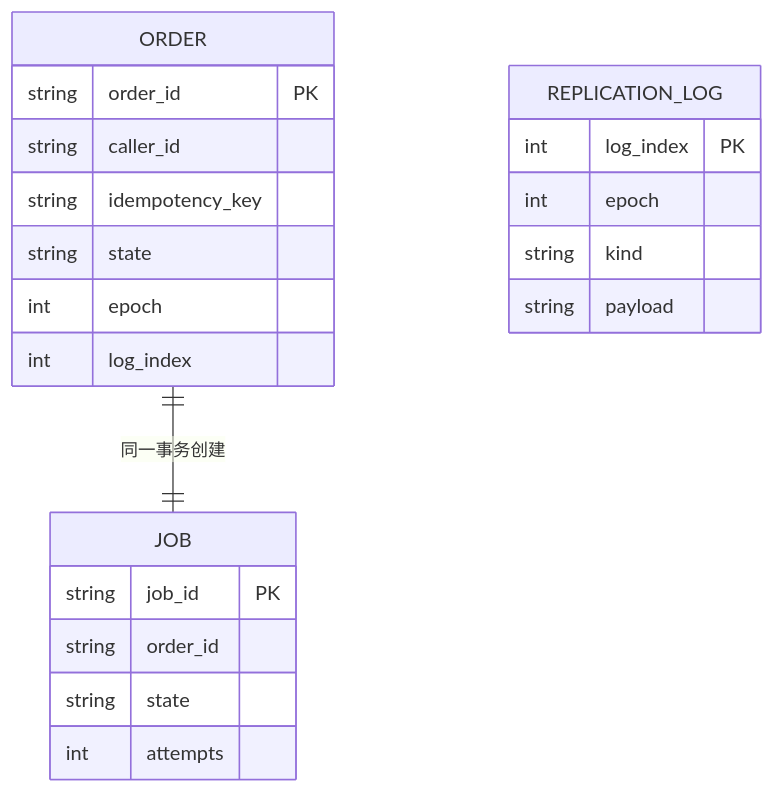
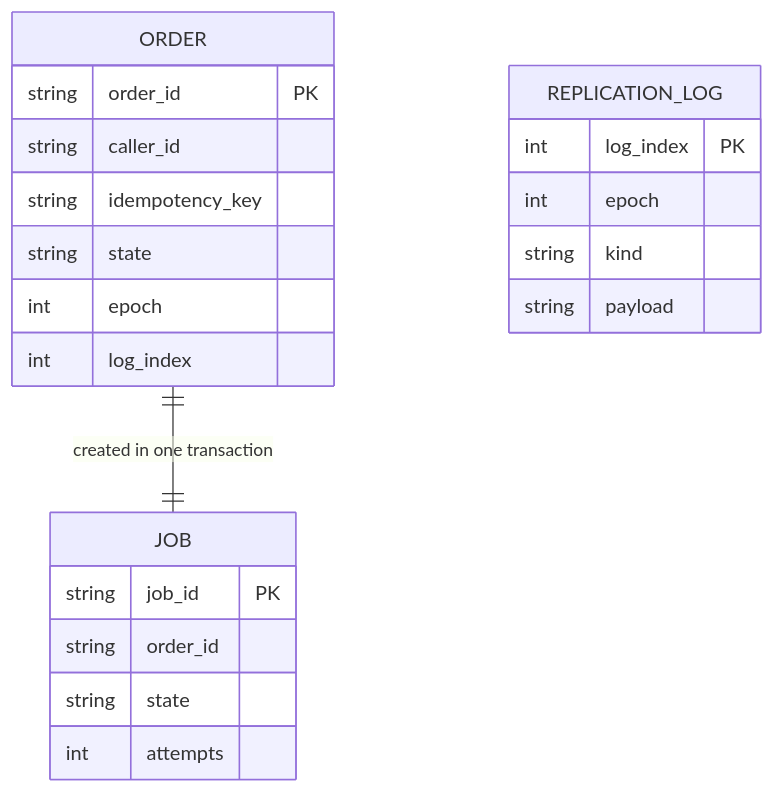
The diagram in docs/data-model.md (iamorangedad/OrangeDistributedSystem), drawn with Mermaid before and after one commit. The commit also changed other lines of this file and 52 other files, not shown here.

````diff
--- a/docs/data-model.md
+++ b/docs/data-model.md
@@ -19,24 +19,24 @@
 ```mermaid
 erDiagram
-  ORDER ||--|| JOB : "同一事务创建"
+  ORDER ||--|| JOB : "created in one transaction"
   ORDER {
     string order_id PK
     string caller_id
     string idempotency_key
     string state
     int epoch
     int log_index
   }
   JOB {
     string job_id PK
     string order_id
     string state
     int attempts
   }
   REPLICATION_LOG {
     int log_index PK
     int epoch
     string kind
     string payload
   }
 ```
````
